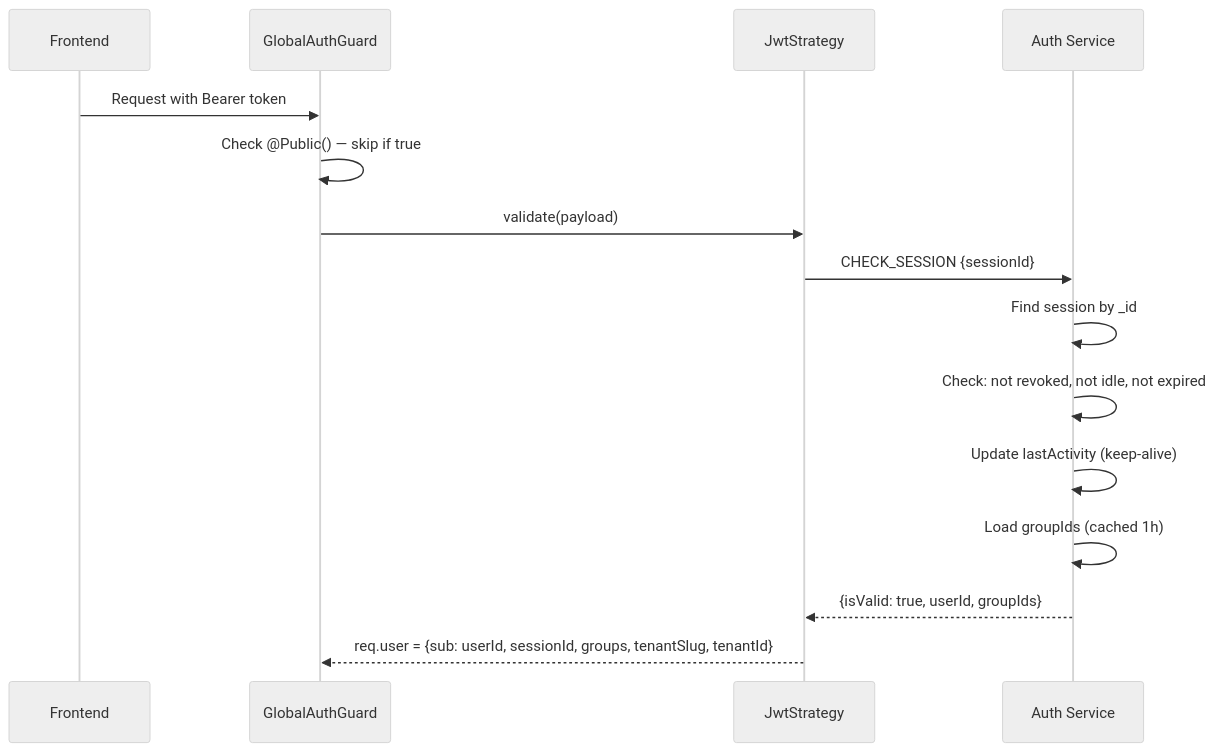
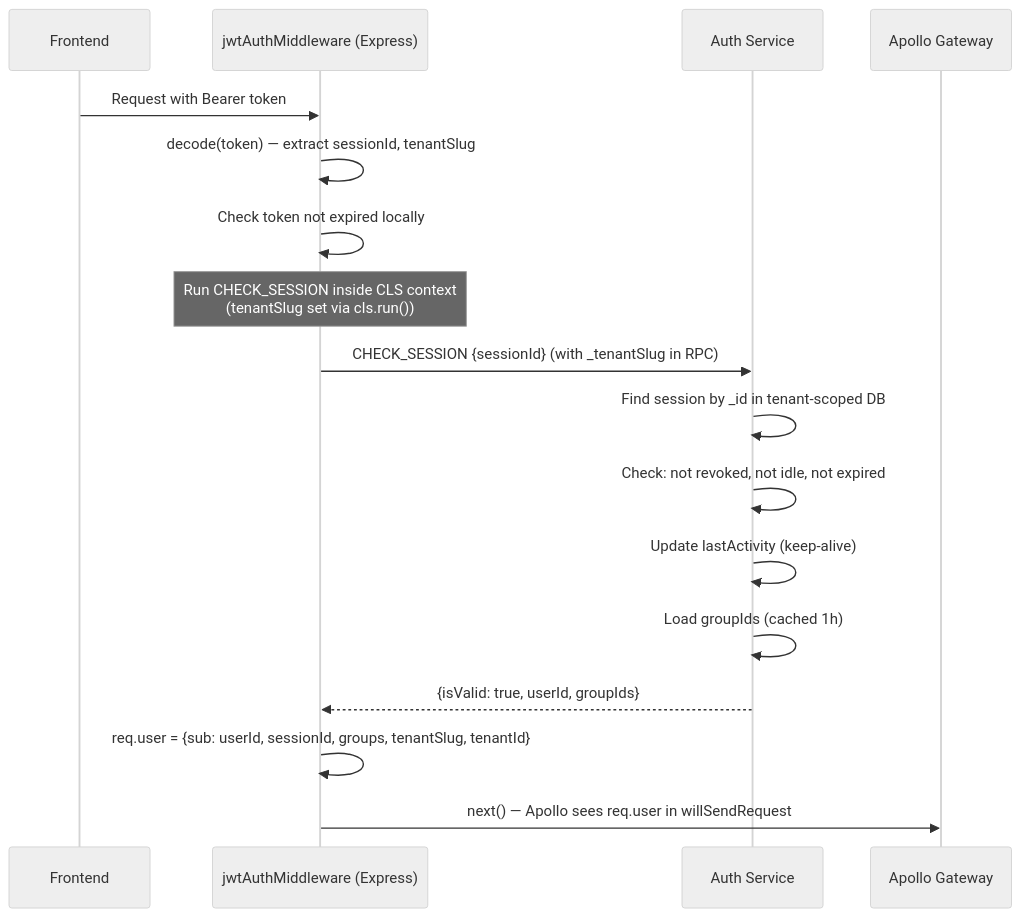
Before and after one commit to CucuProject/cucu-docs: the third of 4 diagrams in docs/architecture/auth-flow.md, drawn with Mermaid (neutral theme). The commit also changed other lines of this file and 14 other files, not shown here.

First line of the commit message:
docs: update for nestjs-cls migration, JWT middleware, and auth orchestrator changes

````diff
--- a/docs/architecture/auth-flow.md
+++ b/docs/architecture/auth-flow.md
@@ -132,20 +133,23 @@
 ```mermaid
 sequenceDiagram
     participant FE as Frontend
-    participant Guard as GlobalAuthGuard
-    participant Jwt as JwtStrategy
+    participant MW as jwtAuthMiddleware (Express)
     participant Auth as Auth Service
+    participant Apollo as Apollo Gateway
 
-    FE->>Guard: Request with Bearer token
-    Guard->>Guard: Check @Public() — skip if true
-    Guard->>Jwt: validate(payload)
-    Jwt->>Auth: CHECK_SESSION {sessionId}
+    FE->>MW: Request with Bearer token
+    MW->>MW: decode(token) — extract sessionId, tenantSlug
+    MW->>MW: Check token not expired locally
     
-    Auth->>Auth: Find session by _id
+    Note over MW: Run CHECK_SESSION inside CLS context<br/>(tenantSlug set via cls.run())
+    MW->>Auth: CHECK_SESSION {sessionId} (with _tenantSlug in RPC)
+    
+    Auth->>Auth: Find session by _id in tenant-scoped DB
     Auth->>Auth: Check: not revoked, not idle, not expired
     Auth->>Auth: Update lastActivity (keep-alive)
     Auth->>Auth: Load groupIds (cached 1h)
-    Auth-->>Jwt: {isValid: true, userId, groupIds}
+    Auth-->>MW: {isValid: true, userId, groupIds}
     
-    Jwt-->>Guard: req.user = {sub: userId, sessionId, groups, tenantSlug, tenantId}
+    MW->>MW: req.user = {sub: userId, sessionId, groups, tenantSlug, tenantId}
+    MW->>Apollo: next() — Apollo sees req.user in willSendRequest
 ```
````
